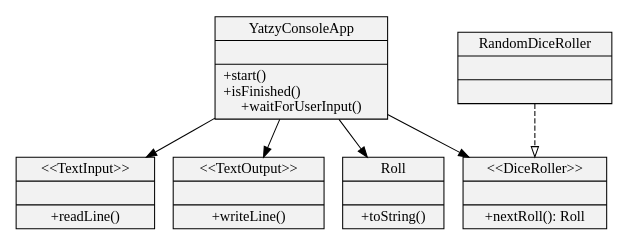
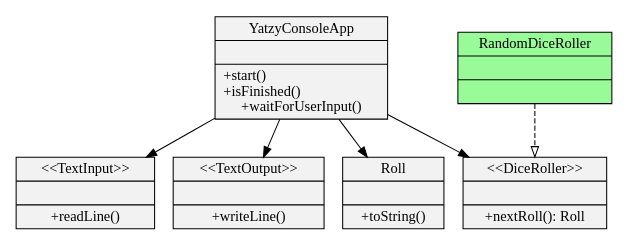
The diagram in dev_log/graphviz/dice_refactored.dot (uozuAho/yatzyTopDown), drawn with Graphviz before and after one commit. The commit also changed 4 other files, not shown here.

```diff
--- a/dev_log/graphviz/dice_refactored.dot
+++ b/dev_log/graphviz/dice_refactored.dot
@@ -1,17 +1,17 @@
 digraph dice_refactored {
 size="5,5"
 node[shape=record,style=filled,fillcolor=gray95]
 
 1[label = "{YatzyConsoleApp||+start()\l+isFinished()\l+waitForUserInput()}"]
 2[label = "{\<\<TextInput\>\>||+readLine()}"]
 3[label = "{\<\<TextOutput\>\>||+writeLine()}"]
 4[label = "{\<\<DiceRoller\>\>||+nextRoll(): Roll}"]
 5[label = "{Roll||+toString()}"]
-7[label = "{RandomDiceRoller||}"]
+7[label = "{RandomDiceRoller||}", fillcolor=palegreen]
 
 1->2
 1->3
 1->4
 1->5
 7->4 [style=dashed,arrowhead=onormal]
 }
```
